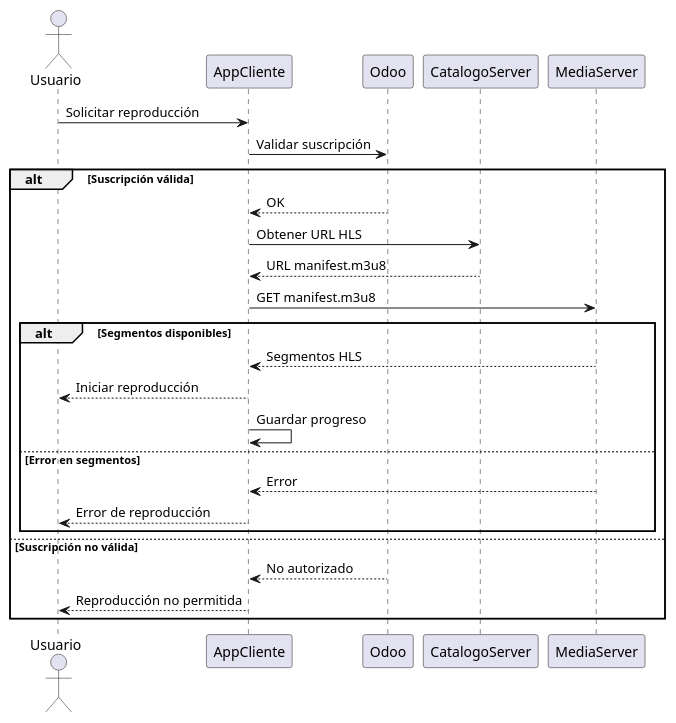
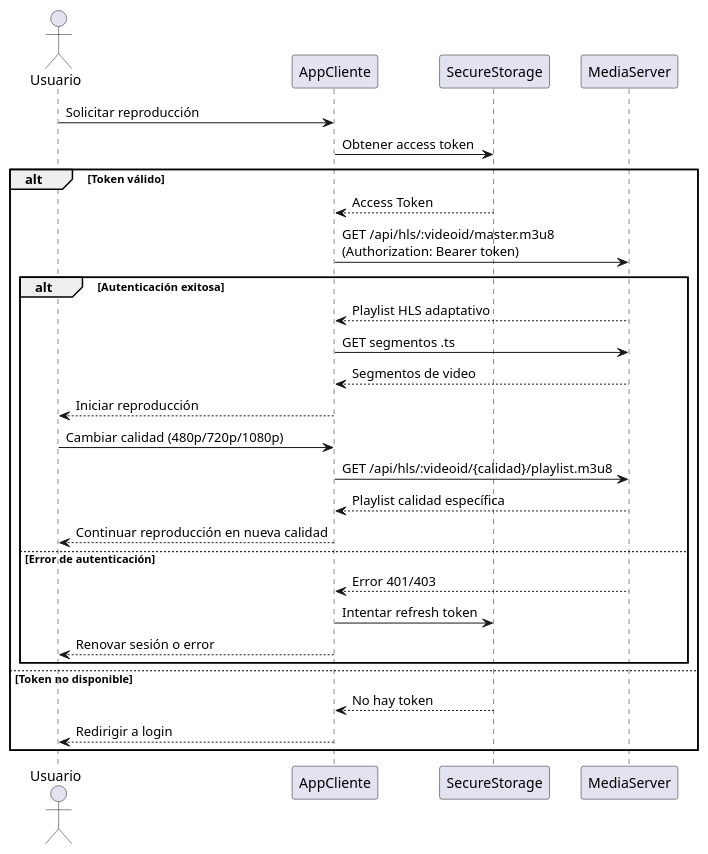
The sixth of 9 diagrams in docs/frontend/video_reproductor.md (ComfyPenguin/Bloste-Docs), drawn with PlantUML before and after one commit. The commit also changed other lines of this file, not shown here.

Commit message:
Update video_reproductor.md with blosteflix2 architecture and features

````diff
--- a/docs/frontend/video_reproductor.md
+++ b/docs/frontend/video_reproductor.md
@@ -158,30 +207,34 @@
 ```plantuml
 @startuml
 actor Usuario
 participant AppCliente
-participant Odoo
-participant CatalogoServer
+participant SecureStorage
 participant MediaServer
 
 Usuario -> AppCliente : Solicitar reproducción
-AppCliente -> Odoo : Validar suscripción
-alt Suscripción válida
-    Odoo --> AppCliente : OK
-    AppCliente -> CatalogoServer : Obtener URL HLS
-    CatalogoServer --> AppCliente : URL manifest.m3u8
-    AppCliente -> MediaServer : GET manifest.m3u8
-    alt Segmentos disponibles
-        MediaServer --> AppCliente : Segmentos HLS
+AppCliente -> SecureStorage : Obtener access token
+alt Token válido
+    SecureStorage --> AppCliente : Access Token
+    AppCliente -> MediaServer : GET /api/hls/:videoid/master.m3u8\n(Authorization: Bearer token)
+    alt Autenticación exitosa
+        MediaServer --> AppCliente : Playlist HLS adaptativo
+        AppCliente -> MediaServer : GET segmentos .ts
+        MediaServer --> AppCliente : Segmentos de video
         AppCliente --> Usuario : Iniciar reproducción
-        AppCliente -> AppCliente : Guardar progreso
-    else Error en segmentos
-        MediaServer --> AppCliente : Error
-        AppCliente --> Usuario : Error de reproducción
+        
+        Usuario -> AppCliente : Cambiar calidad (480p/720p/1080p)
+        AppCliente -> MediaServer : GET /api/hls/:videoid/{calidad}/playlist.m3u8
+        MediaServer --> AppCliente : Playlist calidad específica
+        AppCliente --> Usuario : Continuar reproducción en nueva calidad
+    else Error de autenticación
+        MediaServer --> AppCliente : Error 401/403
+        AppCliente -> SecureStorage : Intentar refresh token
+        AppCliente --> Usuario : Renovar sesión o error
     end
-else Suscripción no válida
-    Odoo --> AppCliente : No autorizado
-    AppCliente --> Usuario : Reproducción no permitida
+else Token no disponible
+    SecureStorage --> AppCliente : No hay token
+    AppCliente --> Usuario : Redirigir a login
 end
 @enduml
 
 ```
````
